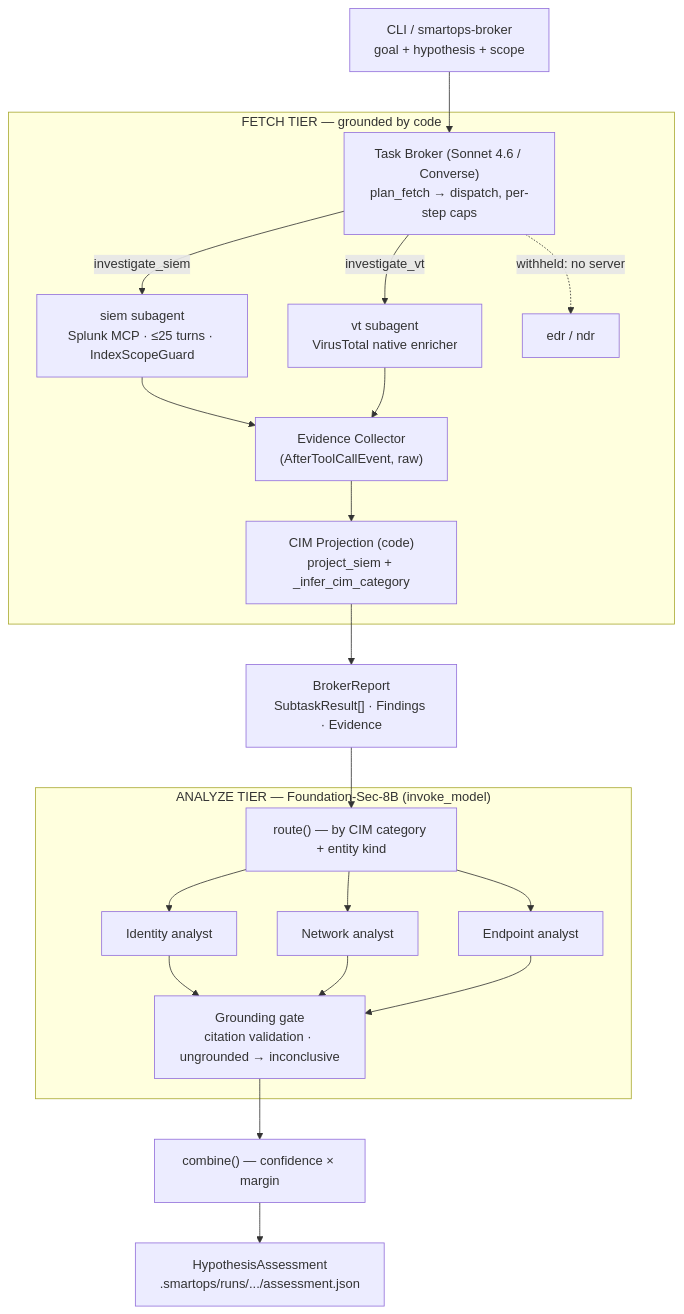
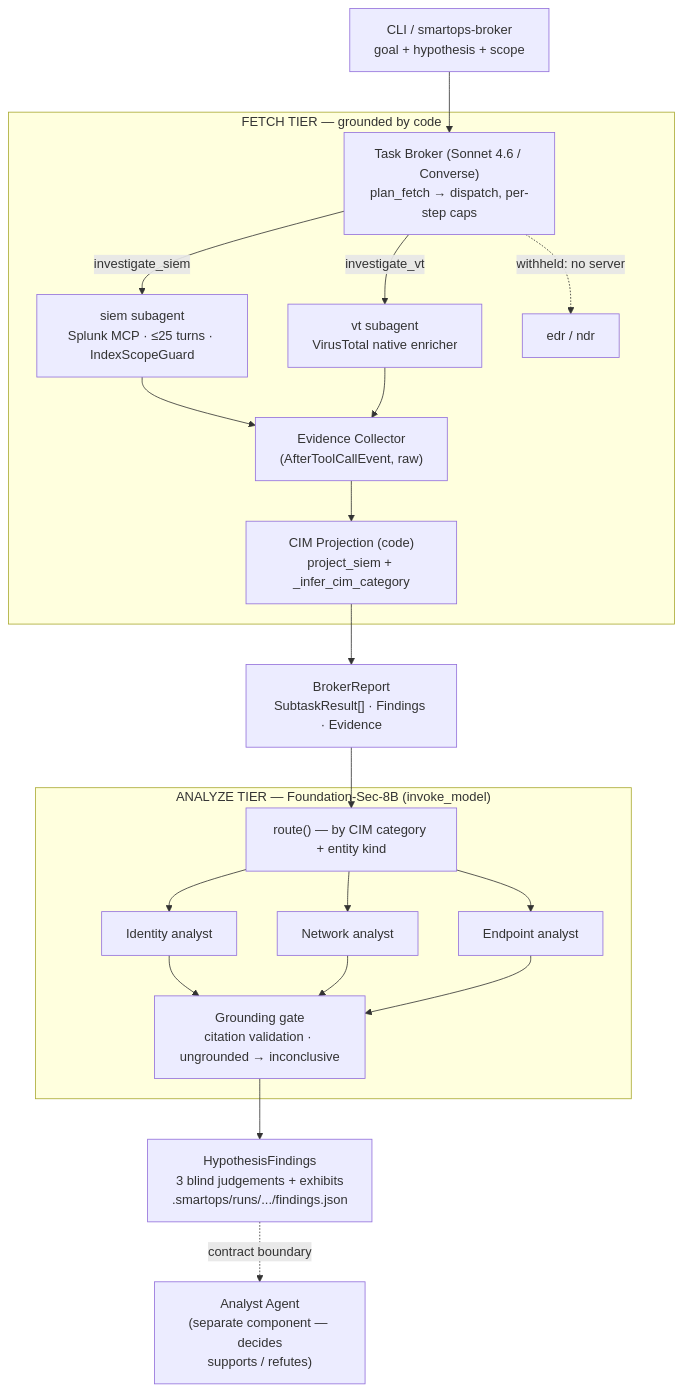
The diagram in docs/architecture.md (zerogravity-reno/smartops-soc-app), drawn with Mermaid before and after one commit. The commit also changed other lines of this file and 1 other file, not shown here.

````diff
--- a/docs/architecture.md
+++ b/docs/architecture.md
@@ -43,30 +53,30 @@
 ```mermaid
 flowchart TD
     CLI["CLI / smartops-broker<br/>goal + hypothesis + scope"] --> BROKER
 
     subgraph FETCH["FETCH TIER — grounded by code"]
         BROKER["Task Broker (Sonnet 4.6 / Converse)<br/>plan_fetch → dispatch, per-step caps"]
         BROKER -->|investigate_siem| SIEM["siem subagent<br/>Splunk MCP · ≤25 turns · IndexScopeGuard"]
         BROKER -->|investigate_vt| VT["vt subagent<br/>VirusTotal native enricher"]
         BROKER -.->|withheld: no server| EDRNDR["edr / ndr"]
         SIEM --> COLL["Evidence Collector<br/>(AfterToolCallEvent, raw)"]
         VT --> COLL
         COLL --> PROJ["CIM Projection (code)<br/>project_siem + _infer_cim_category"]
     end
 
     PROJ --> REPORT["BrokerReport<br/>SubtaskResult[] · Findings · Evidence"]
     REPORT --> ROUTE["route() — by CIM category + entity kind"]
 
     subgraph ANALYZE["ANALYZE TIER — Foundation-Sec-8B (invoke_model)"]
         ROUTE --> IDN["Identity analyst"]
         ROUTE --> NET["Network analyst"]
         ROUTE --> EP["Endpoint analyst"]
         IDN --> GATE
         NET --> GATE
         EP --> GATE
         GATE["Grounding gate<br/>citation validation · ungrounded → inconclusive"]
     end
 
-    GATE --> COMBINE["combine() — confidence × margin"]
-    COMBINE --> ASSESS["HypothesisAssessment<br/>.smartops/runs/.../assessment.json"]
+    GATE --> FINDINGS["HypothesisFindings<br/>3 blind judgements + exhibits<br/>.smartops/runs/.../findings.json"]
+    FINDINGS -.->|contract boundary| BIGA["Analyst Agent<br/>(separate component — decides<br/>supports / refutes)"]
 ```
````
